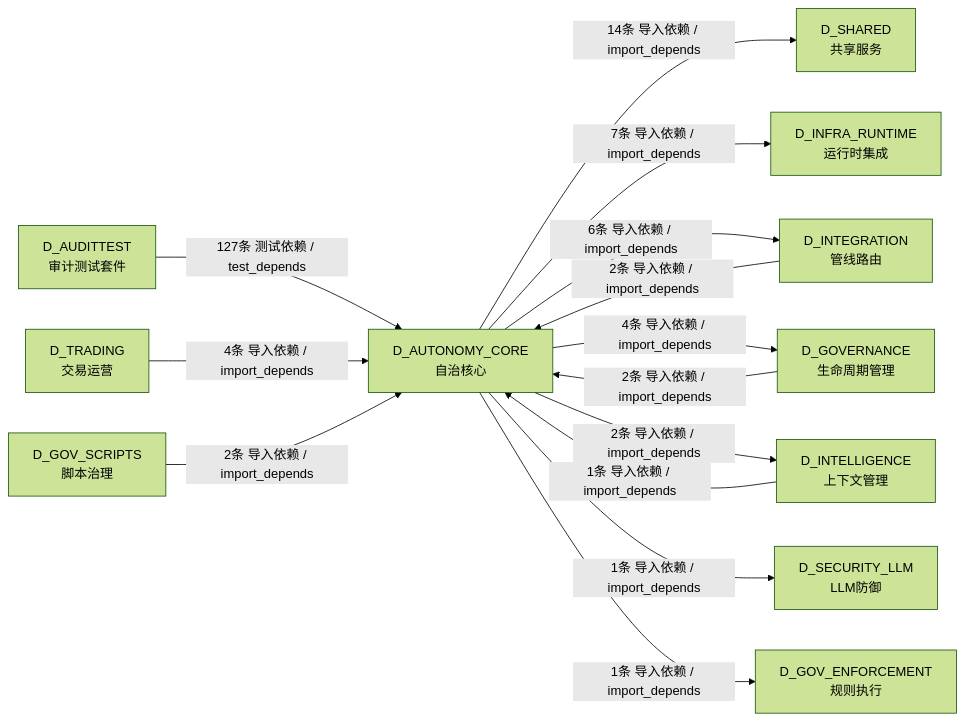
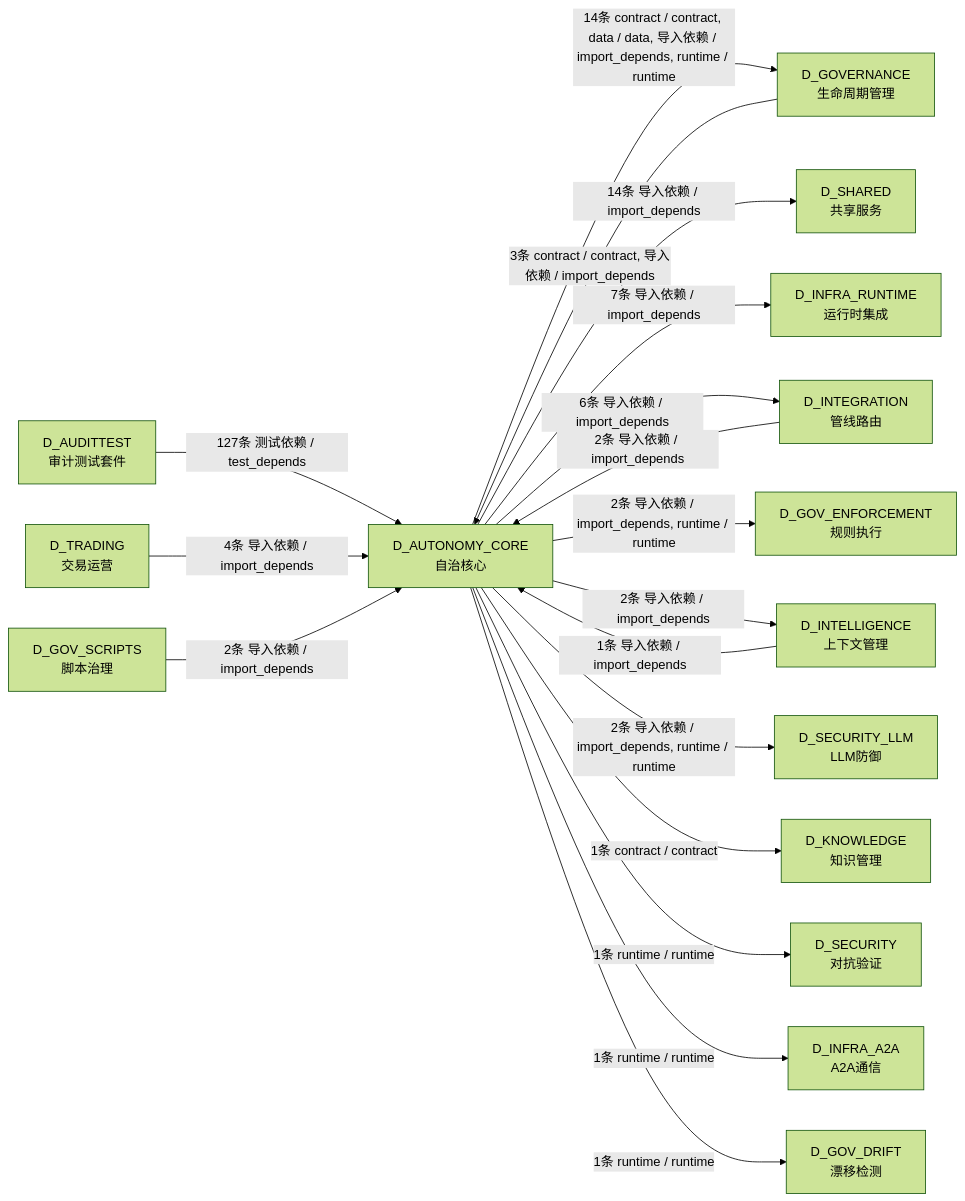
Before and after one commit to xuanFelixVan/ZephyrAlpha: the seventh of 7 diagrams in docs/02_enterprise_architecture/02_domain_architecture_docs/07_d_autonomy_core.md, drawn with Mermaid (forest theme). The commit also changed other lines of this file and 100 other files, not shown here.

````diff
--- a/docs/02_enterprise_architecture/02_domain_architecture_docs/07_d_autonomy_core.md
+++ b/docs/02_enterprise_architecture/02_domain_architecture_docs/07_d_autonomy_core.md
@@ -910,27 +929,35 @@
 ```mermaid
 graph LR
     D_AUTONOMY_CORE["D_AUTONOMY_CORE<br/>自治核心"]
+    D_GOVERNANCE["D_GOVERNANCE<br/>生命周期管理"]
     D_SHARED["D_SHARED<br/>共享服务"]
     D_INFRA_RUNTIME["D_INFRA_RUNTIME<br/>运行时集成"]
     D_INTEGRATION["D_INTEGRATION<br/>管线路由"]
-    D_GOVERNANCE["D_GOVERNANCE<br/>生命周期管理"]
+    D_GOV_ENFORCEMENT["D_GOV_ENFORCEMENT<br/>规则执行"]
     D_INTELLIGENCE["D_INTELLIGENCE<br/>上下文管理"]
     D_SECURITY_LLM["D_SECURITY_LLM<br/>LLM防御"]
-    D_GOV_ENFORCEMENT["D_GOV_ENFORCEMENT<br/>规则执行"]
+    D_KNOWLEDGE["D_KNOWLEDGE<br/>知识管理"]
+    D_SECURITY["D_SECURITY<br/>对抗验证"]
+    D_INFRA_A2A["D_INFRA_A2A<br/>A2A通信"]
+    D_GOV_DRIFT["D_GOV_DRIFT<br/>漂移检测"]
     D_AUDITTEST["D_AUDITTEST<br/>审计测试套件"]
     D_TRADING["D_TRADING<br/>交易运营"]
     D_GOV_SCRIPTS["D_GOV_SCRIPTS<br/>脚本治理"]
+    D_AUTONOMY_CORE -->|14条 contract / contract, data / data, 导入依赖 / import_depends, runtime / runtime| D_GOVERNANCE
     D_AUTONOMY_CORE -->|14条 导入依赖 / import_depends| D_SHARED
     D_AUTONOMY_CORE -->|7条 导入依赖 / import_depends| D_INFRA_RUNTIME
     D_AUTONOMY_CORE -->|6条 导入依赖 / import_depends| D_INTEGRATION
-    D_AUTONOMY_CORE -->|4条 导入依赖 / import_depends| D_GOVERNANCE
+    D_AUTONOMY_CORE -->|2条 导入依赖 / import_depends, runtime / runtime| D_GOV_ENFORCEMENT
     D_AUTONOMY_CORE -->|2条 导入依赖 / import_depends| D_INTELLIGENCE
-    D_AUTONOMY_CORE -->|1条 导入依赖 / import_depends| D_SECURITY_LLM
-    D_AUTONOMY_CORE -->|1条 导入依赖 / import_depends| D_GOV_ENFORCEMENT
+    D_AUTONOMY_CORE -->|2条 导入依赖 / import_depends, runtime / runtime| D_SECURITY_LLM
+    D_AUTONOMY_CORE -->|1条 contract / contract| D_KNOWLEDGE
+    D_AUTONOMY_CORE -->|1条 runtime / runtime| D_SECURITY
+    D_AUTONOMY_CORE -->|1条 runtime / runtime| D_INFRA_A2A
+    D_AUTONOMY_CORE -->|1条 runtime / runtime| D_GOV_DRIFT
     D_AUDITTEST -->|127条 测试依赖 / test_depends| D_AUTONOMY_CORE
     D_TRADING -->|4条 导入依赖 / import_depends| D_AUTONOMY_CORE
-    D_GOVERNANCE -->|2条 导入依赖 / import_depends| D_AUTONOMY_CORE
+    D_GOVERNANCE -->|3条 contract / contract, 导入依赖 / import_depends| D_AUTONOMY_CORE
     D_GOV_SCRIPTS -->|2条 导入依赖 / import_depends| D_AUTONOMY_CORE
     D_INTEGRATION -->|2条 导入依赖 / import_depends| D_AUTONOMY_CORE
     D_INTELLIGENCE -->|1条 导入依赖 / import_depends| D_AUTONOMY_CORE
 ```
````
